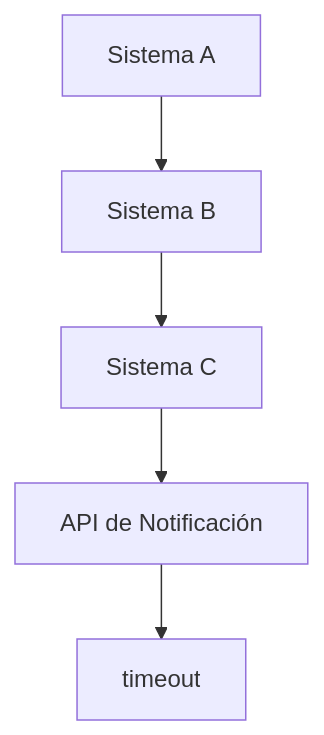
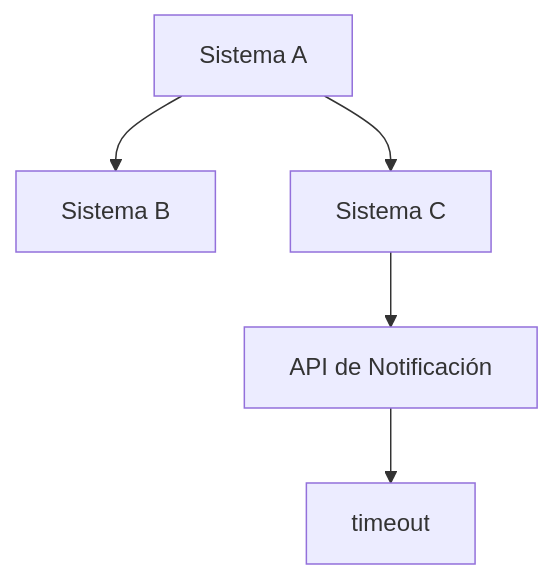
The third of 6 diagrams in src/content/blog/trace-id-is-not-transaction-id.es.md (mytheondev/mytheondev), drawn with Mermaid before and after one commit. The commit also changed other lines of this file and 27 other files, not shown here.

````diff
--- a/src/content/blog/trace-id-is-not-transaction-id.es.md
+++ b/src/content/blog/trace-id-is-not-transaction-id.es.md
@@ -127,7 +130,7 @@
 ```mermaid
 flowchart TD
   SystemA[Sistema A] --> SystemB[Sistema B]
-  SystemB --> SystemC[Sistema C]
+  SystemA --> SystemC[Sistema C]
   SystemC --> Notify[API de Notificación]
   Notify --> Timeout[timeout]
 ```
````
